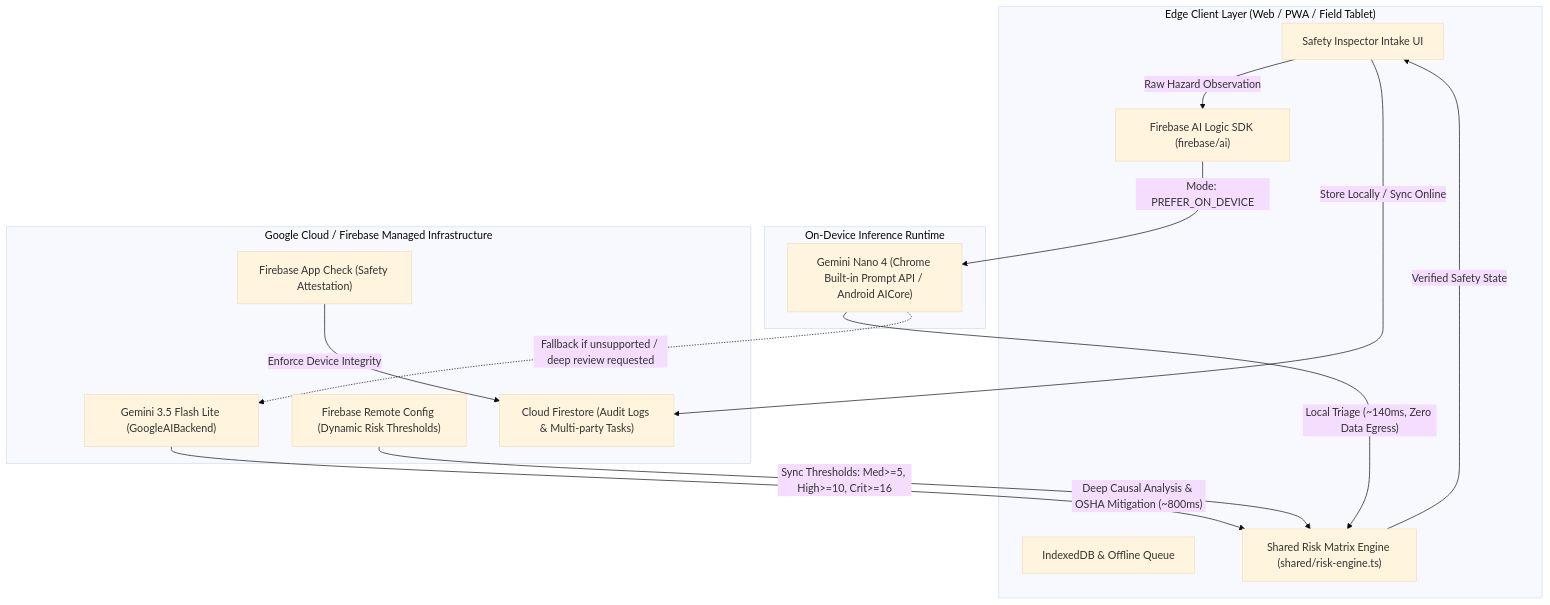
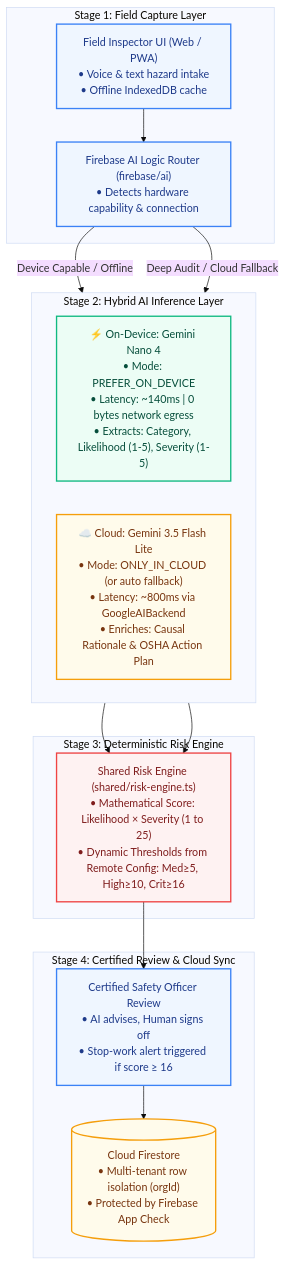
The diagram in docs/architecture.md (Younushk123/FieldGuard_AI), drawn with Mermaid (base theme) before and after one commit. The commit also changed other lines of this file, not shown here.

Commit message:
docs: streamline architecture pipeline diagram and remove visual clutter

````diff
--- a/docs/architecture.md
+++ b/docs/architecture.md
@@ -14,30 +14,35 @@
 ```mermaid
 flowchart TD
-    subgraph EdgeDevice["Edge Client Layer (Web / PWA / Field Tablet)"]
-        UI["Safety Inspector Intake UI"]
-        SDK["Firebase AI Logic SDK (firebase/ai)"]
-        LocalCache["IndexedDB & Offline Queue"]
-        Engine["Shared Risk Matrix Engine (shared/risk-engine.ts)"]
+    classDef client fill:#EFF6FF,stroke:#3B82F6,stroke-width:2px,color:#1E3A8A;
+    classDef edge fill:#ECFDF5,stroke:#10B981,stroke-width:2px,color:#064E3B;
+    classDef cloud fill:#FFFBEB,stroke:#F59E0B,stroke-width:2px,color:#78350F;
+    classDef safety fill:#FEF2F2,stroke:#EF4444,stroke-width:2px,color:#7F1D1D;
+
+    subgraph Step1["Stage 1: Field Capture Layer"]
+        UI["Field Inspector UI (Web / PWA)<br/>• Voice & text hazard intake<br/>• Offline IndexedDB cache"]:::client
+        Router["Firebase AI Logic Router (firebase/ai)<br/>• Detects hardware capability & connection"]:::client
     end
 
-    subgraph OnDeviceRuntime["On-Device Inference Runtime"]
-        Nano["Gemini Nano 4 (Chrome Built-in Prompt API / Android AICore)"]
+    subgraph Step2["Stage 2: Hybrid AI Inference Layer"]
+        direction LR
+        Nano["⚡ On-Device: Gemini Nano 4<br/>• Mode: PREFER_ON_DEVICE<br/>• Latency: ~140ms | 0 bytes network egress<br/>• Extracts: Category, Likelihood (1-5), Severity (1-5)"]:::edge
+        CloudAI["☁️ Cloud: Gemini 3.5 Flash Lite<br/>• Mode: ONLY_IN_CLOUD (or auto fallback)<br/>• Latency: ~800ms via GoogleAIBackend<br/>• Enriches: Causal Rationale & OSHA Action Plan"]:::cloud
     end
 
-    subgraph GoogleCloud["Google Cloud / Firebase Managed Infrastructure"]
-        CloudAI["Gemini 3.5 Flash Lite (GoogleAIBackend)"]
-        RemoteConfig["Firebase Remote Config (Dynamic Risk Thresholds)"]
-        Firestore["Cloud Firestore (Audit Logs & Multi-party Tasks)"]
-        AppCheck["Firebase App Check (Safety Attestation)"]
+    subgraph Step3["Stage 3: Deterministic Risk Engine"]
+        Engine["Shared Risk Engine (shared/risk-engine.ts)<br/>• Mathematical Score: Likelihood × Severity (1 to 25)<br/>• Dynamic Thresholds from Remote Config: Med≥5, High≥10, Crit≥16"]:::safety
     end
 
-    UI -->|"Raw Hazard Observation"| SDK
-    SDK -->|"Mode: PREFER_ON_DEVICE"| Nano
-    Nano -->|"Local Triage (~140ms, Zero Data Egress)"| Engine
-    Nano -.->|"Fallback if unsupported / deep review requested"| CloudAI
-    CloudAI -->|"Deep Causal Analysis & OSHA Mitigation (~800ms)"| Engine
-    RemoteConfig -->|"Sync Thresholds: Med>=5, High>=10, Crit>=16"| Engine
-    Engine -->|"Verified Safety State"| UI
-    UI -->|"Store Locally / Sync Online"| Firestore
-    AppCheck -->|"Enforce Device Integrity"| Firestore
+    subgraph Step4["Stage 4: Certified Review & Cloud Sync"]
+        Review["Certified Safety Officer Review<br/>• AI advises, Human signs off<br/>• Stop-work alert triggered if score ≥ 16"]:::client
+        Firestore[("Cloud Firestore<br/>• Multi-tenant row isolation (orgId)<br/>• Protected by Firebase App Check")]:::cloud
+    end
+
+    UI --> Router
+    Router -->|"Device Capable / Offline"| Nano
+    Router -->|"Deep Audit / Cloud Fallback"| CloudAI
+    Nano --> Engine
+    CloudAI --> Engine
+    Engine --> Review
+    Review --> Firestore
 ```
````
